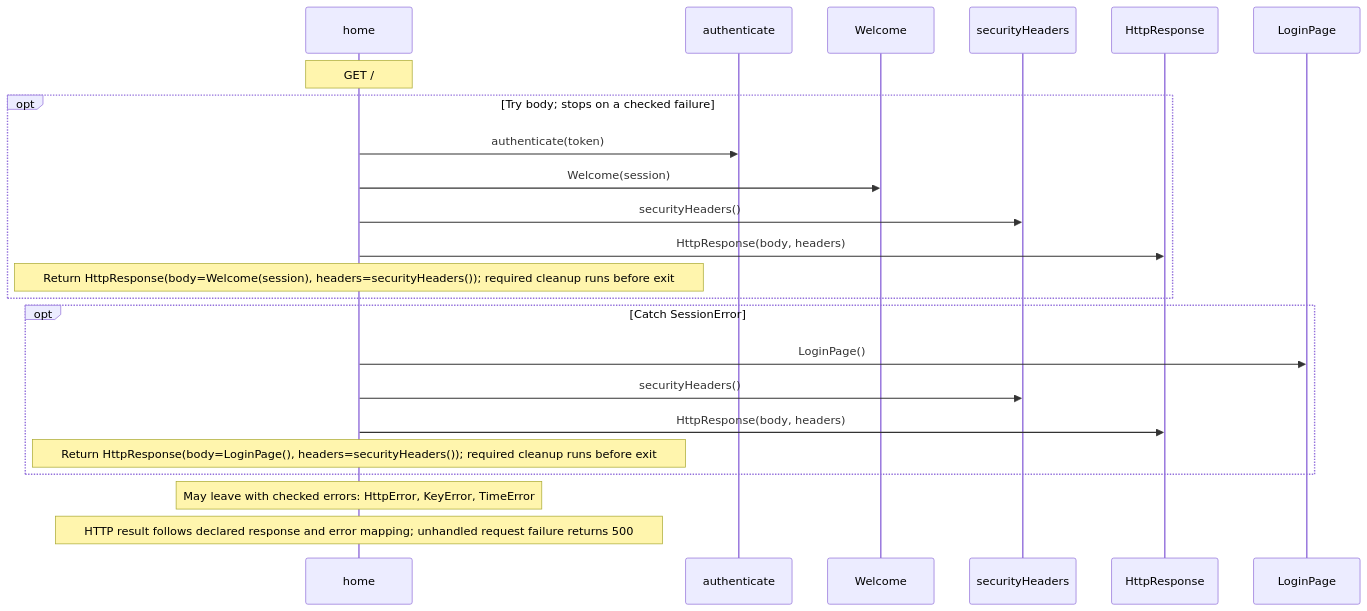
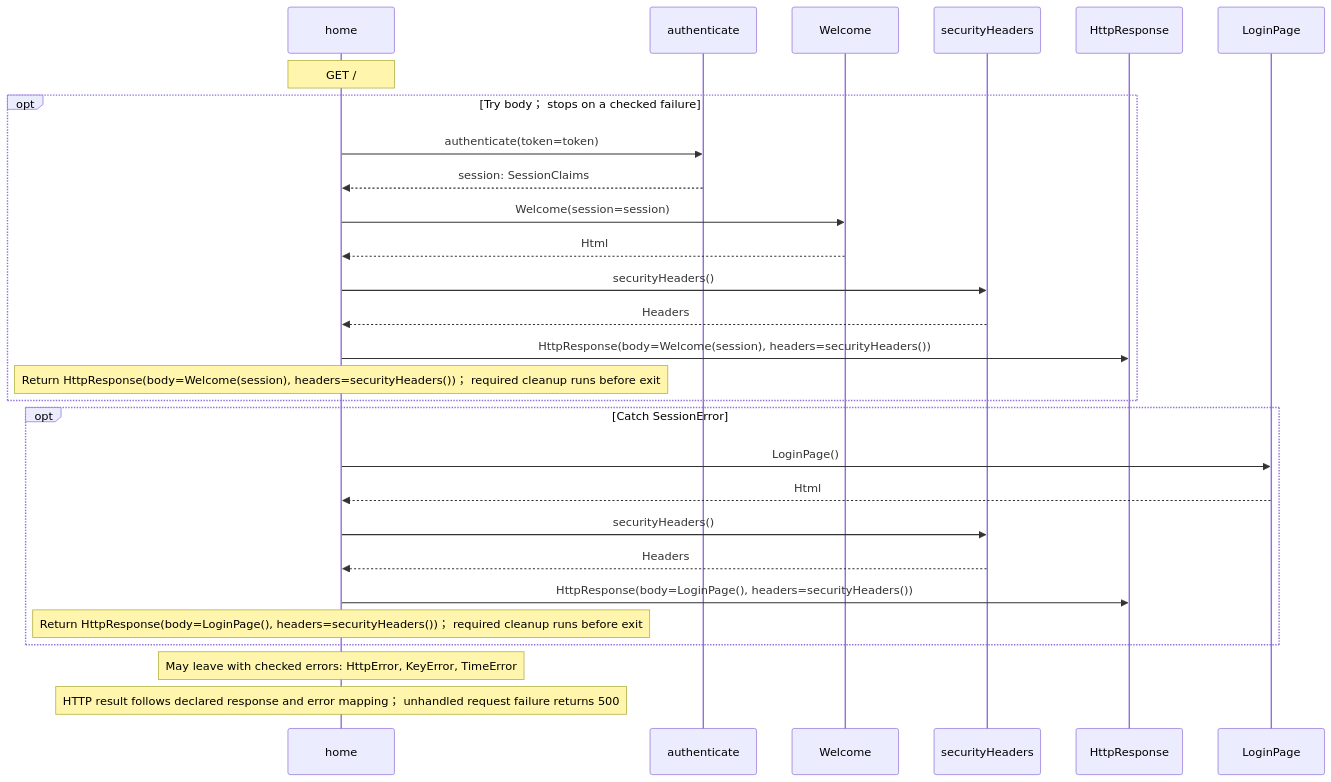
The third of 4 diagrams in docs/examples/oidc-login/client/endpoints-diagrams.md (GreenPandaStudios/augscript), drawn with Mermaid before and after one commit. The commit also changed other lines of this file and 524 other files, not shown here.

Commit message:
Explain checked data flow at folder and service levels

````diff
--- a/docs/examples/oidc-login/client/endpoints-diagrams.md
+++ b/docs/examples/oidc-login/client/endpoints-diagrams.md
@@ -79,25 +79,30 @@
 ```mermaid
 sequenceDiagram
     participant p0 as home
     participant p1 as authenticate
     participant p2 as Welcome
     participant p3 as securityHeaders
     participant p4 as HttpResponse
     participant p5 as LoginPage
     Note over p0: GET /
-    opt Try body#59; stops on a checked failure
-    p0->>p1: authenticate(token)
-    p0->>p2: Welcome(session)
+    opt Try body； stops on a checked failure
+    p0->>p1: authenticate(token=token)
+    p1-->>p0: session: SessionClaims
+    p0->>p2: Welcome(session=session)
+    p2-->>p0: Html
     p0->>p3: securityHeaders()
-    p0->>p4: HttpResponse(body, headers)
-    Note over p0: Return HttpResponse(body=Welcome(session), headers=securityHeaders())#59; required cleanup runs before exit
+    p3-->>p0: Headers
+    p0->>p4: HttpResponse(body=Welcome(session), headers=securityHeaders())
+    Note over p0: Return HttpResponse(body=Welcome(session), headers=securityHeaders())； required cleanup runs before exit
     end
     opt Catch SessionError
     p0->>p5: LoginPage()
+    p5-->>p0: Html
     p0->>p3: securityHeaders()
-    p0->>p4: HttpResponse(body, headers)
-    Note over p0: Return HttpResponse(body=LoginPage(), headers=securityHeaders())#59; required cleanup runs before exit
+    p3-->>p0: Headers
+    p0->>p4: HttpResponse(body=LoginPage(), headers=securityHeaders())
+    Note over p0: Return HttpResponse(body=LoginPage(), headers=securityHeaders())； required cleanup runs before exit
     end
     Note over p0: May leave with checked errors: HttpError, KeyError, TimeError
-    Note over p0: HTTP result follows declared response and error mapping#59; unhandled request failure returns 500
+    Note over p0: HTTP result follows declared response and error mapping； unhandled request failure returns 500
 ```
````
